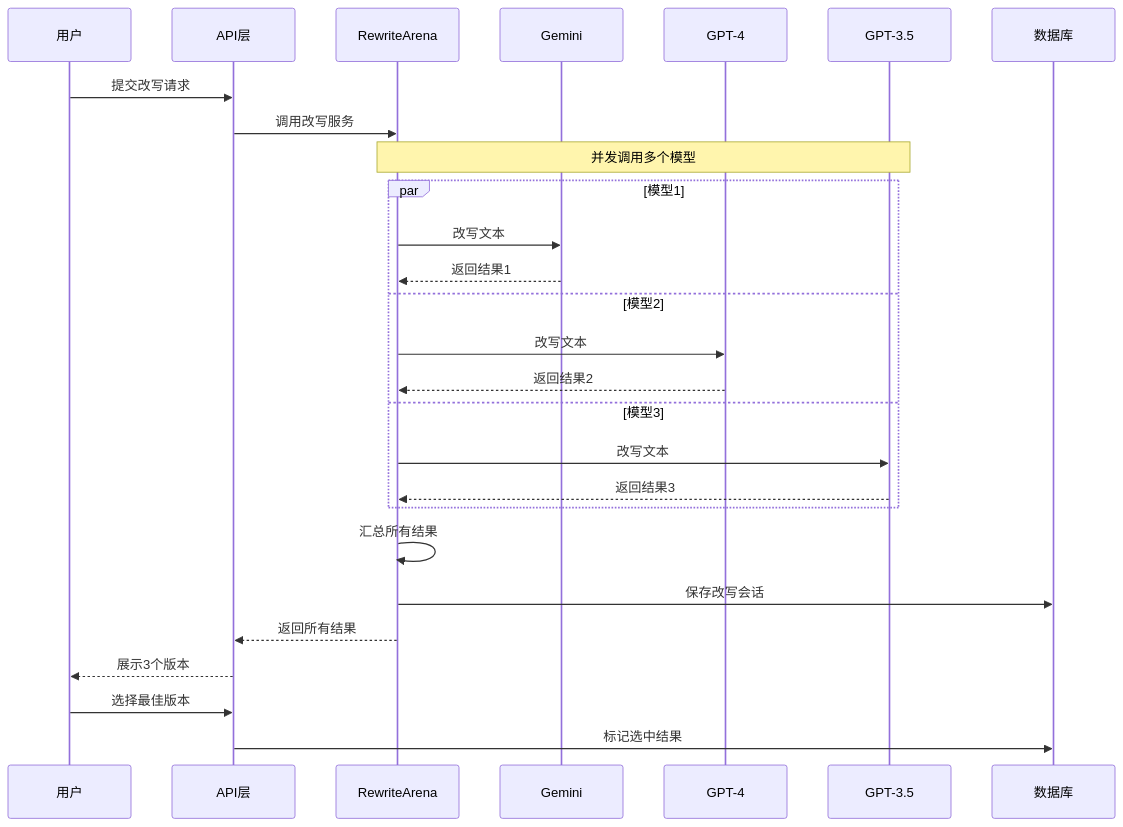
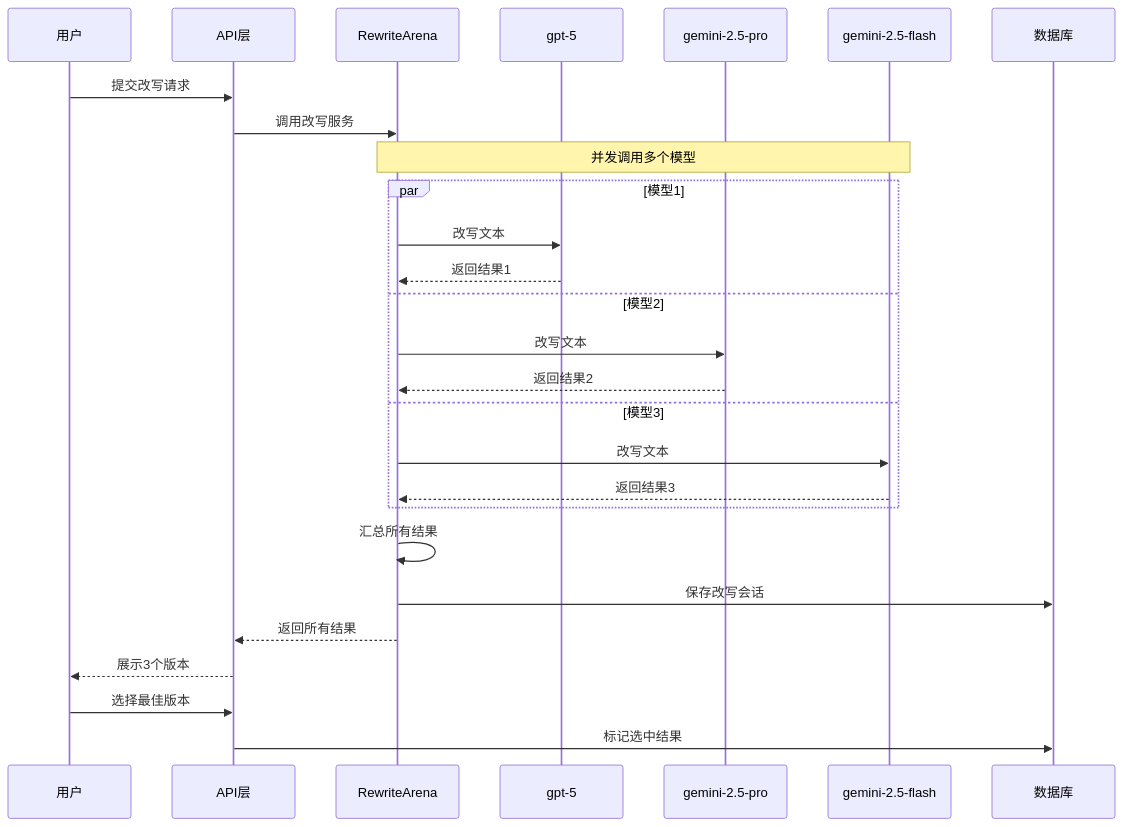
The sixth of 14 diagrams in docs/架构图/04-AI服务架构.md (alin776/ai_writer), drawn with Mermaid before and after one commit. The commit also changed other lines of this file and 7 other files, not shown here.

````diff
--- a/docs/架构图/04-AI服务架构.md
+++ b/docs/架构图/04-AI服务架构.md
@@ -175,33 +175,33 @@
 ```mermaid
 sequenceDiagram
     participant U as 用户
     participant API as API层
     participant RA as RewriteArena
-    participant AI1 as Gemini
-    participant AI2 as GPT-4
-    participant AI3 as GPT-3.5
+    participant AI1 as gpt-5
+    participant AI2 as gemini-2.5-pro
+    participant AI3 as gemini-2.5-flash
     participant DB as 数据库
 
     U->>API: 提交改写请求
     API->>RA: 调用改写服务
 
     Note over RA,AI3: 并发调用多个模型
     par 模型1
         RA->>AI1: 改写文本
         AI1-->>RA: 返回结果1
     and 模型2
         RA->>AI2: 改写文本
         AI2-->>RA: 返回结果2
     and 模型3
         RA->>AI3: 改写文本
         AI3-->>RA: 返回结果3
     end
 
     RA->>RA: 汇总所有结果
     RA->>DB: 保存改写会话
     RA-->>API: 返回所有结果
     API-->>U: 展示3个版本
 
     U->>API: 选择最佳版本
     API->>DB: 标记选中结果
 ```
````
